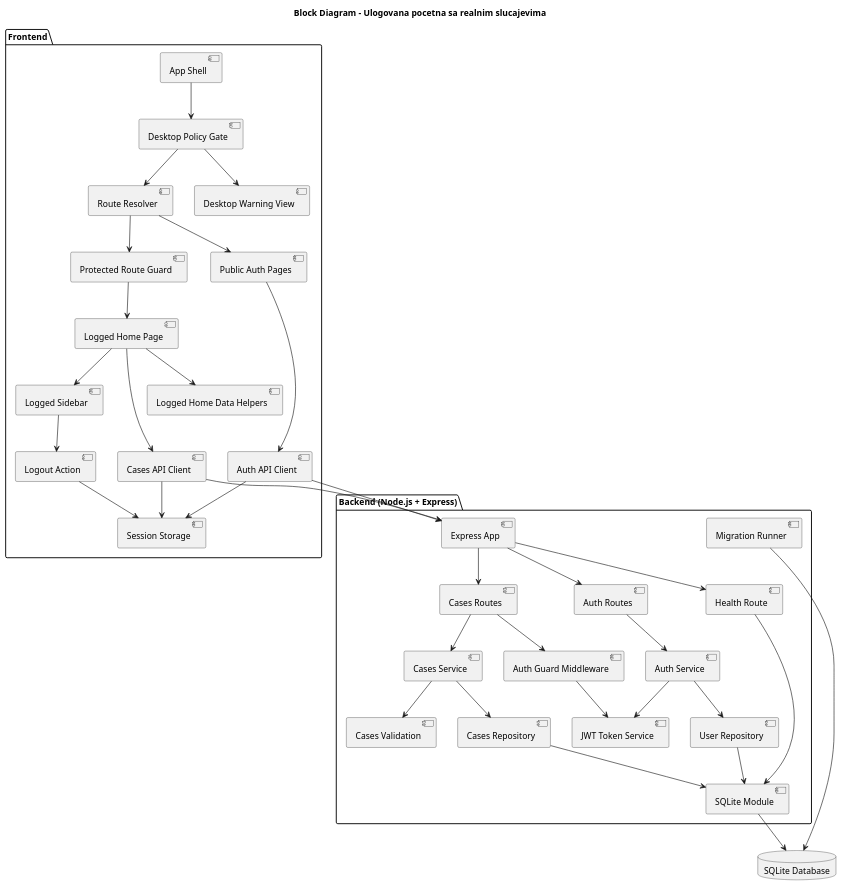
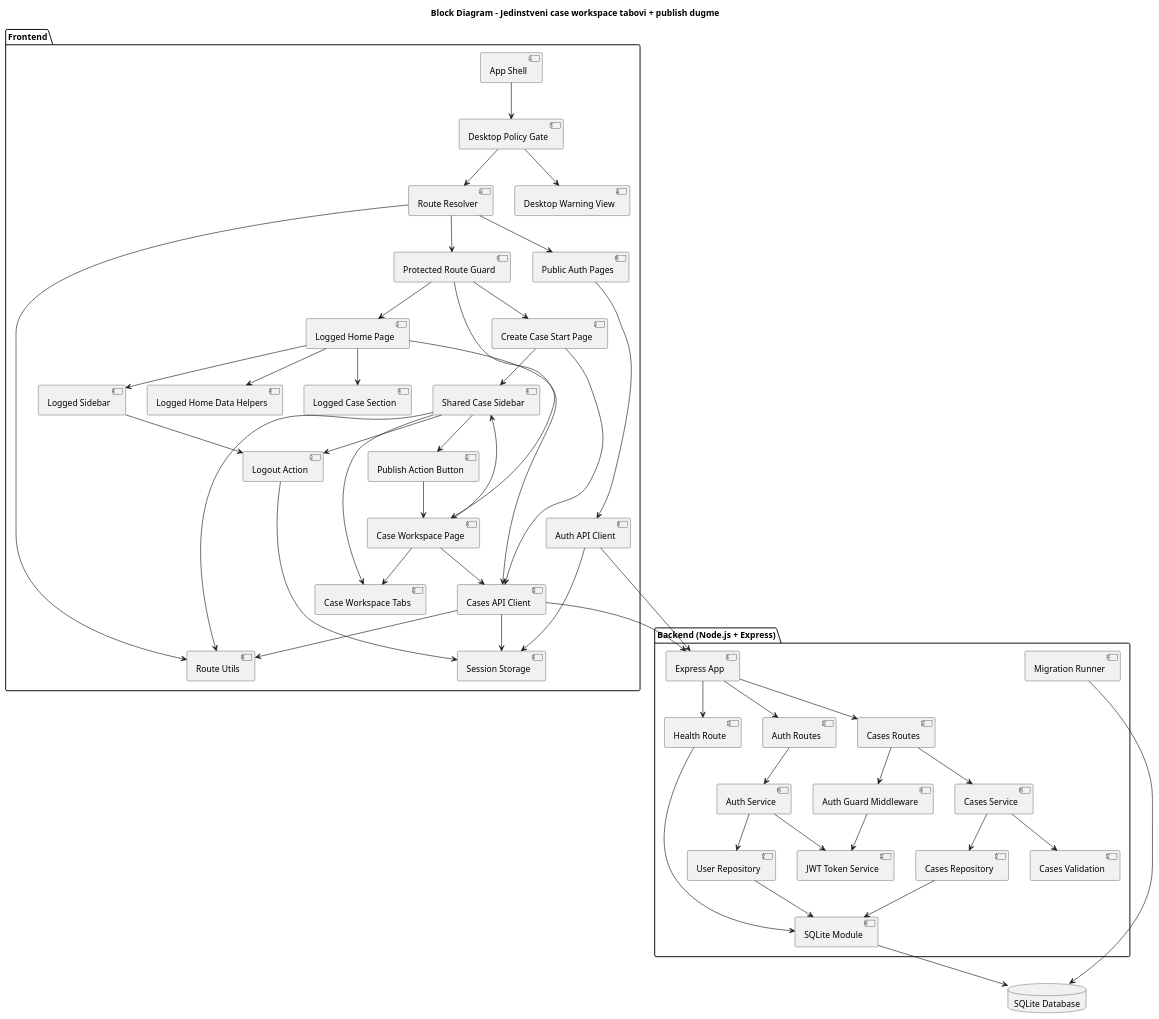
One commit to bagi002/INSPEKTOR changed the diagram in Docs/architecture/block_diagram.puml. Above: the diagram before and after it, drawn with PlantUML. The commit also changed 24 other files, not shown here.

```diff
--- a/Docs/architecture/block_diagram.puml
+++ b/Docs/architecture/block_diagram.puml
@@ -1,71 +1,96 @@
 @startuml Block Diagram
-title Block Diagram - Ulogovana pocetna sa realnim slucajevima
+title Block Diagram - Jedinstveni case workspace tabovi + publish dugme
 
 package "Frontend" {
   [App Shell]
   [Desktop Policy Gate]
   [Route Resolver]
   [Protected Route Guard]
+  [Route Utils]
   [Public Auth Pages]
   [Logged Home Page]
+  [Logged Case Section]
   [Logged Home Data Helpers]
   [Logged Sidebar]
+  [Create Case Start Page]
+  [Case Workspace Page]
+  [Shared Case Sidebar]
+  [Case Workspace Tabs]
+  [Publish Action Button]
   [Auth API Client]
   [Cases API Client]
   [Session Storage]
   [Logout Action]
   [Desktop Warning View]
 }
 
 package "Backend (Node.js + Express)" {
   [Express App]
   [Auth Routes]
   [Cases Routes]
   [Auth Guard Middleware]
   [Auth Service]
   [Cases Service]
   [Cases Validation]
   [JWT Token Service]
   [User Repository]
   [Cases Repository]
   [SQLite Module]
   [Migration Runner]
   [Health Route]
 }
 
 database "SQLite Database" as Db
 
 [App Shell] --> [Desktop Policy Gate]
 [Desktop Policy Gate] --> [Route Resolver]
 [Desktop Policy Gate] --> [Desktop Warning View]
 [Route Resolver] --> [Protected Route Guard]
 [Route Resolver] --> [Public Auth Pages]
+[Route Resolver] --> [Route Utils]
 [Protected Route Guard] --> [Logged Home Page]
+[Protected Route Guard] --> [Create Case Start Page]
+[Protected Route Guard] --> [Case Workspace Page]
 [Public Auth Pages] --> [Auth API Client]
+
 [Logged Home Page] --> [Logged Sidebar]
+[Logged Home Page] --> [Logged Case Section]
 [Logged Home Page] --> [Cases API Client]
 [Logged Home Page] --> [Logged Home Data Helpers]
+
+[Create Case Start Page] --> [Shared Case Sidebar]
+[Create Case Start Page] --> [Cases API Client]
+[Case Workspace Page] --> [Shared Case Sidebar]
+[Case Workspace Page] --> [Case Workspace Tabs]
+[Case Workspace Page] --> [Cases API Client]
+[Shared Case Sidebar] --> [Case Workspace Tabs]
+[Shared Case Sidebar] --> [Route Utils]
+[Shared Case Sidebar] --> [Publish Action Button]
+[Publish Action Button] --> [Case Workspace Page]
+
 [Auth API Client] --> [Session Storage]
 [Cases API Client] --> [Session Storage]
+[Cases API Client] --> [Route Utils]
 [Logout Action] --> [Session Storage]
 [Logged Sidebar] --> [Logout Action]
+[Shared Case Sidebar] --> [Logout Action]
 
 [Auth API Client] --> [Express App]
 [Cases API Client] --> [Express App]
 [Express App] --> [Auth Routes]
 [Express App] --> [Cases Routes]
 [Express App] --> [Health Route]
 [Auth Routes] --> [Auth Service]
 [Cases Routes] --> [Auth Guard Middleware]
 [Cases Routes] --> [Cases Service]
 [Auth Guard Middleware] --> [JWT Token Service]
 [Auth Service] --> [JWT Token Service]
 [Auth Service] --> [User Repository]
 [Cases Service] --> [Cases Validation]
 [Cases Service] --> [Cases Repository]
 [User Repository] --> [SQLite Module]
 [Cases Repository] --> [SQLite Module]
 [SQLite Module] --> Db
 [Migration Runner] --> Db
 [Health Route] --> [SQLite Module]
 @enduml
```
